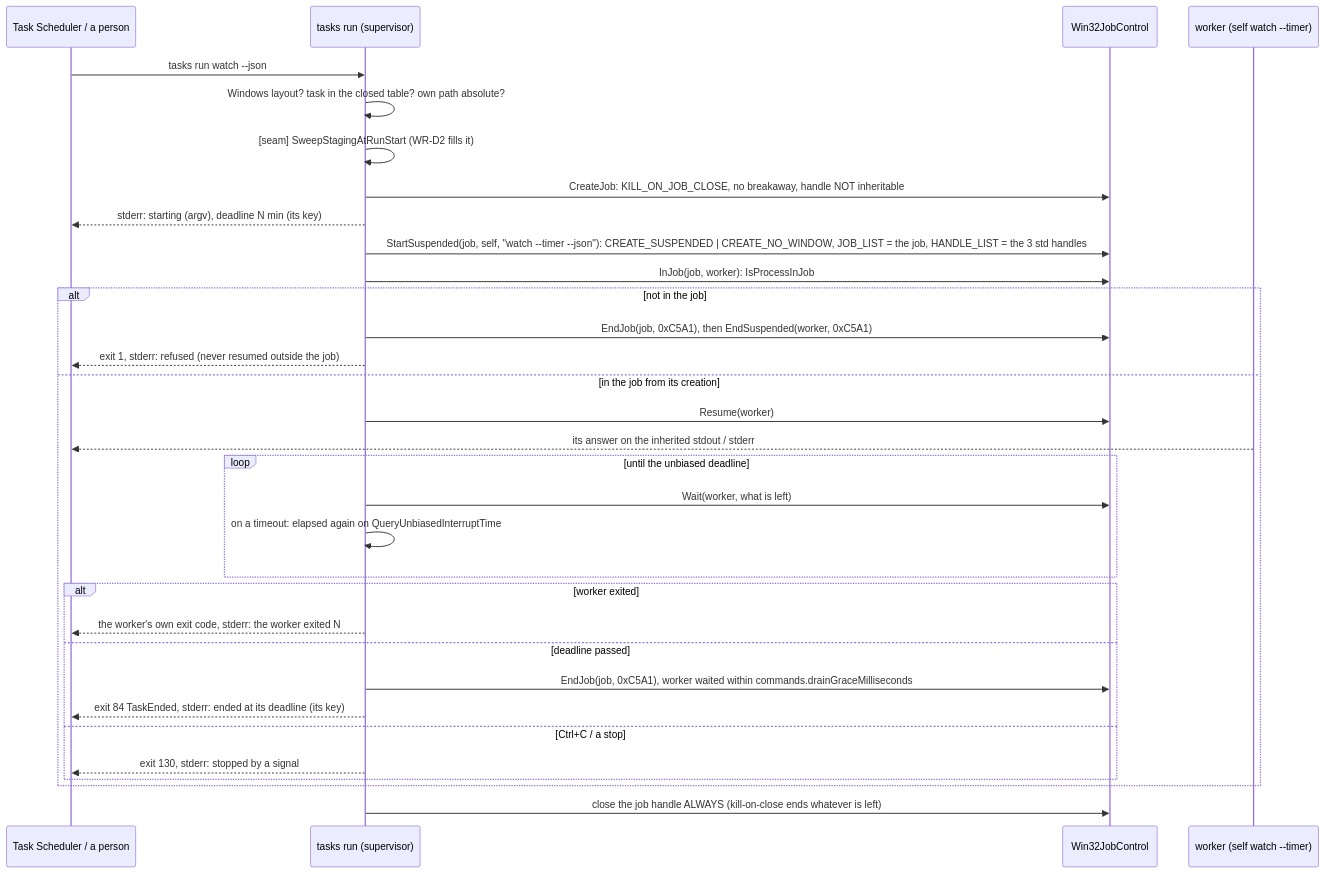
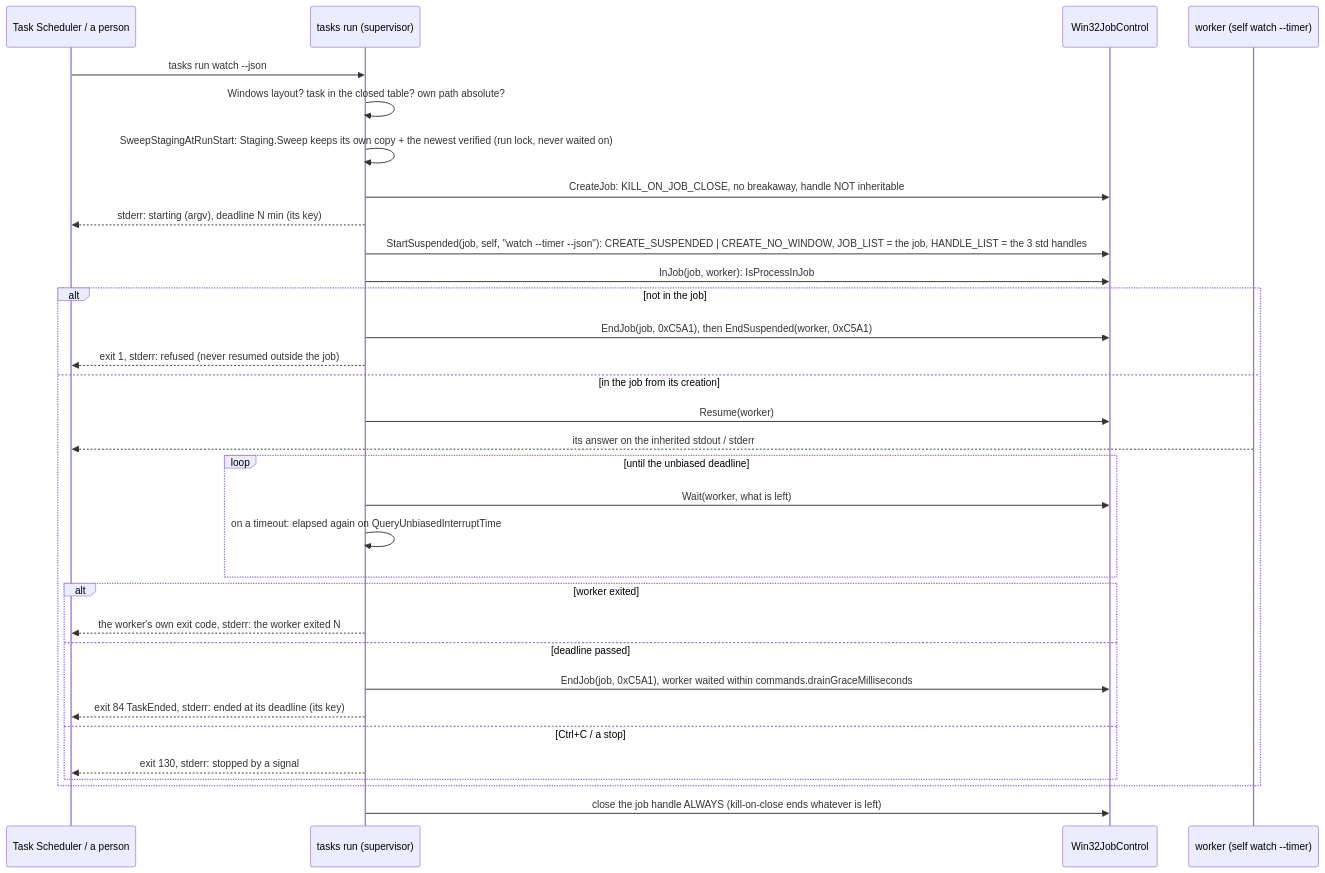
The eighth of 12 diagrams in research/module_daemon.md (oleksandrdubyna88/wsl_care), drawn with Mermaid before and after one commit. The commit also changed 5 other files, not shown here.

First line of the commit message:
feat(daemon): the tasks run start sweeps the staged copies before the worker starts (WR-D2 wired into WR-D3)

````diff
--- a/research/module_daemon.md
+++ b/research/module_daemon.md
@@ -500,34 +500,34 @@
 ```mermaid
 sequenceDiagram
     participant TS as Task Scheduler / a person
     participant SV as tasks run (supervisor)
     participant JC as Win32JobControl
     participant W as worker (self watch --timer)
     TS->>SV: tasks run watch --json
     SV->>SV: Windows layout? task in the closed table? own path absolute?
-    SV->>SV: [seam] SweepStagingAtRunStart (WR-D2 fills it)
+    SV->>SV: SweepStagingAtRunStart: Staging.Sweep keeps its own copy + the newest verified (run lock, never waited on)
     SV->>JC: CreateJob: KILL_ON_JOB_CLOSE, no breakaway, handle NOT inheritable
     SV-->>TS: stderr: starting (argv), deadline N min (its key)
     SV->>JC: StartSuspended(job, self, "watch --timer --json"): CREATE_SUSPENDED | CREATE_NO_WINDOW, JOB_LIST = the job, HANDLE_LIST = the 3 std handles
     SV->>JC: InJob(job, worker): IsProcessInJob
     alt not in the job
         SV->>JC: EndJob(job, 0xC5A1), then EndSuspended(worker, 0xC5A1)
         SV-->>TS: exit 1, stderr: refused (never resumed outside the job)
     else in the job from its creation
         SV->>JC: Resume(worker)
         W-->>TS: its answer on the inherited stdout / stderr
         loop until the unbiased deadline
             SV->>JC: Wait(worker, what is left)
             SV->>SV: on a timeout: elapsed again on QueryUnbiasedInterruptTime
         end
         alt worker exited
             SV-->>TS: the worker's own exit code, stderr: the worker exited N
         else deadline passed
             SV->>JC: EndJob(job, 0xC5A1), worker waited within commands.drainGraceMilliseconds
             SV-->>TS: exit 84 TaskEnded, stderr: ended at its deadline (its key)
         else Ctrl+C / a stop
             SV-->>TS: exit 130, stderr: stopped by a signal
         end
     end
     SV->>JC: close the job handle ALWAYS (kill-on-close ends whatever is left)
 ```
````
